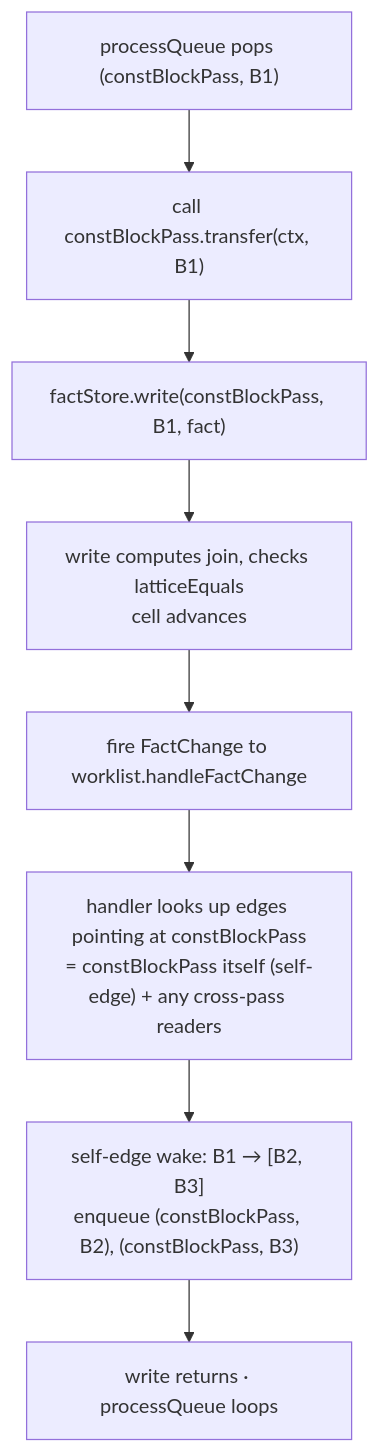
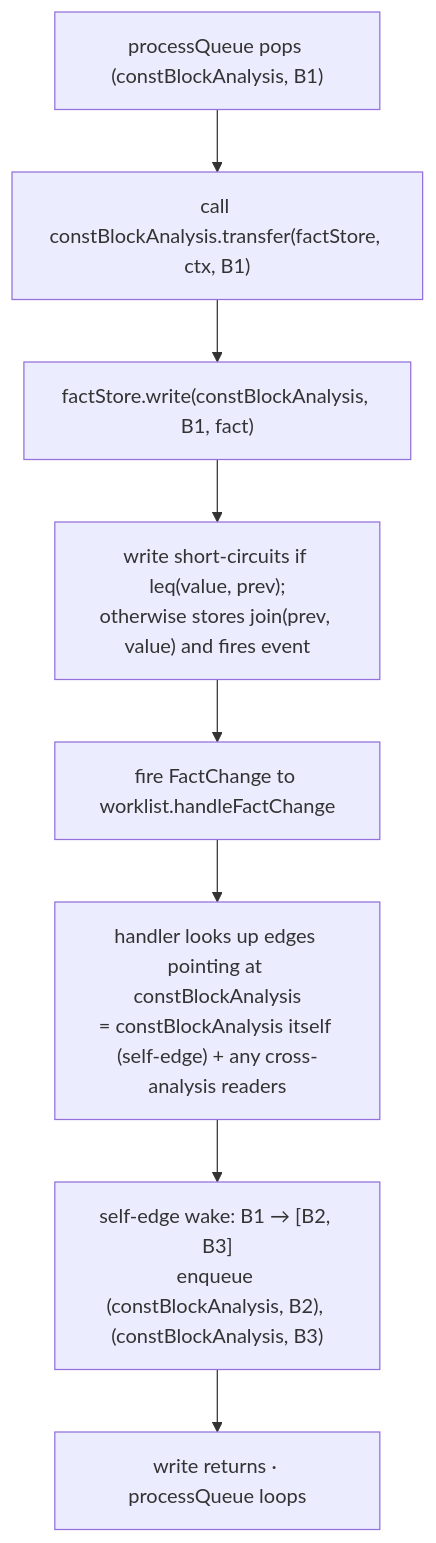
Before and after one commit to loyaltypollution/py-slang: diagram 14 of 14 in docs/dfa-framework-tutorial.md, drawn with Mermaid. The commit also changed other lines of this file and 49 other files, not shown here.

````diff
--- a/docs/dfa-framework-tutorial.md
+++ b/docs/dfa-framework-tutorial.md
@@ -581,12 +697,12 @@
 ```mermaid
 flowchart TB
-    a1["processQueue pops (constBlockPass, B1)"]
-    a2["call constBlockPass.transfer(ctx, B1)"]
-    a3["factStore.write(constBlockPass, B1, fact)"]
-    a4["write computes join, checks latticeEquals<br/>cell advances"]
+    a1["processQueue pops (constBlockAnalysis, B1)"]
+    a2["call constBlockAnalysis.transfer(factStore, ctx, B1)"]
+    a3["factStore.write(constBlockAnalysis, B1, fact)"]
+    a4["write short-circuits if leq(value, prev);<br/>otherwise stores join(prev, value) and fires event"]
     a5["fire FactChange to worklist.handleFactChange"]
-    a6["handler looks up edges pointing at constBlockPass<br/>= constBlockPass itself (self-edge) + any cross-pass readers"]
-    a7["self-edge wake: B1 → [B2, B3]<br/>enqueue (constBlockPass, B2), (constBlockPass, B3)"]
+    a6["handler looks up edges pointing at constBlockAnalysis<br/>= constBlockAnalysis itself (self-edge) + any cross-analysis readers"]
+    a7["self-edge wake: B1 → [B2, B3]<br/>enqueue (constBlockAnalysis, B2), (constBlockAnalysis, B3)"]
     a8["write returns · processQueue loops"]
     a1 --> a2 --> a3 --> a4 --> a5 --> a6 --> a7 --> a8
 ```
````
